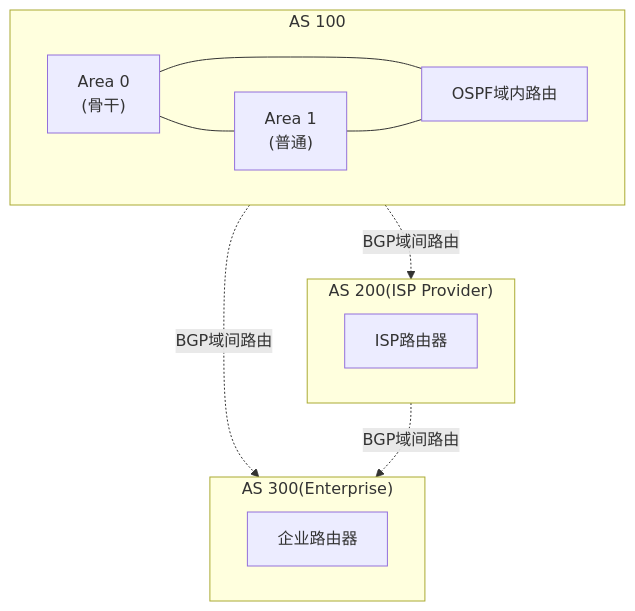
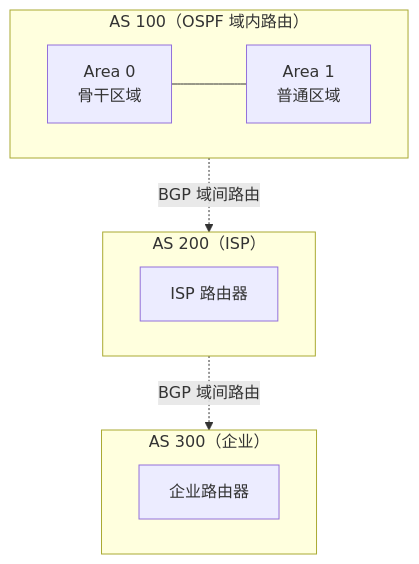
One commit to Dtheme/CS-base changed the fourth of 4 diagrams in 计算机网络/5.2网络层：路由选择算法.md. Above: the diagram before and after it, drawn with Mermaid. The commit also changed other lines of this file and 51 other files, not shown here.

````diff
--- a/计算机网络/5.2网络层：路由选择算法.md
+++ b/计算机网络/5.2网络层：路由选择算法.md
@@ -610,26 +468,16 @@
 ```mermaid
 graph TD
-    subgraph AS100 ["AS 100"]
-        Area0["Area 0<br/>(骨干)"]
-        Area1["Area 1<br/>(普通)"]
-        OSPF["OSPF域内路由"]
-        
+    subgraph AS100 ["AS 100（OSPF 域内路由）"]
+        Area0["Area 0<br/>骨干区域"]
+        Area1["Area 1<br/>普通区域"]
         Area0 --- Area1
-        Area0 --- OSPF
-        Area1 --- OSPF
     end
-    
-    subgraph AS200 ["AS 200(ISP Provider)"]
-        ISP200["ISP路由器"]
+    subgraph AS200 ["AS 200（ISP）"]
+        ISP200["ISP 路由器"]
     end
-    
-    subgraph AS300 ["AS 300(Enterprise)"]
+    subgraph AS300 ["AS 300（企业）"]
         ENT300["企业路由器"]
     end
-    
-    AS100 -.->|BGP域间路由| AS200
-    AS100 -.->|BGP域间路由| AS300
-    AS200 -.->|BGP域间路由| AS300
-    
-
+    AS100 -.->|BGP 域间路由| AS200
+    AS200 -.->|BGP 域间路由| AS300
 ```
````
